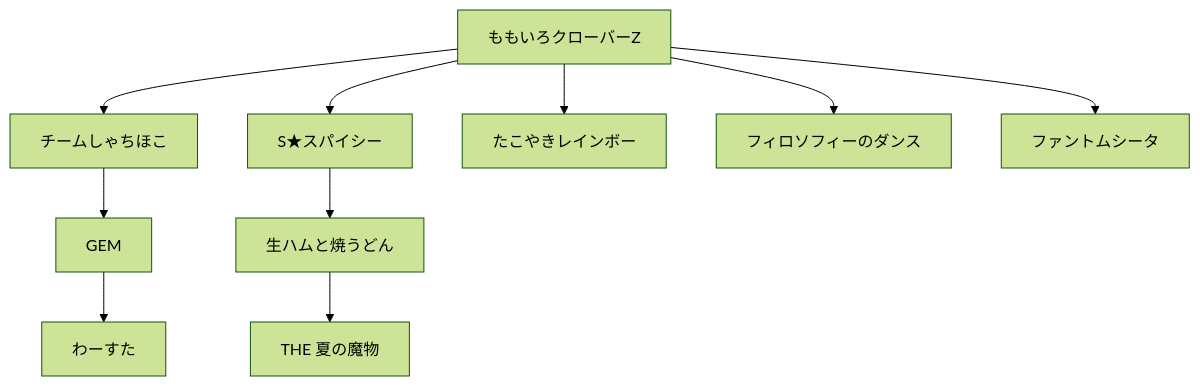
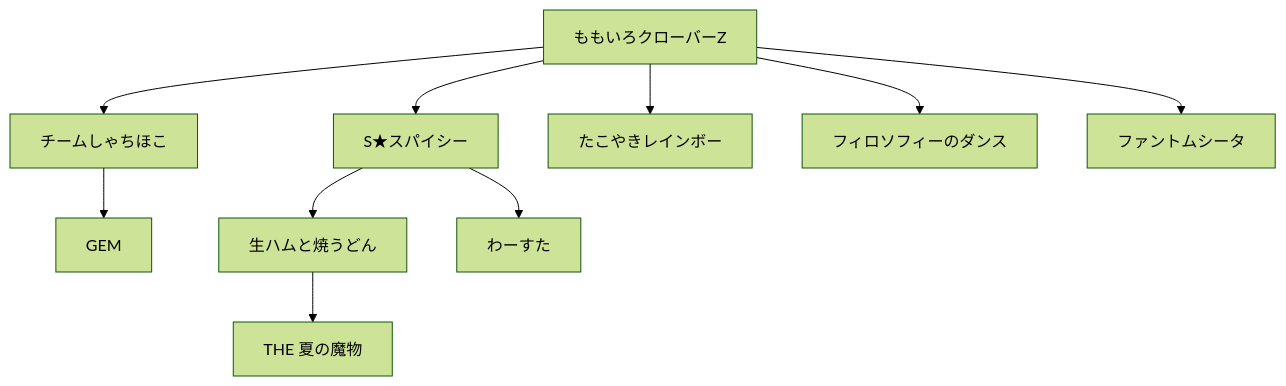
One commit to myamyu/myamyu.github.io changed the diagram in README.md. Above: the diagram before and after it, drawn with Mermaid (forest theme). The commit also changed other lines of this file, not shown here.

````diff
--- a/README.md
+++ b/README.md
@@ -34,19 +39,20 @@
 ```mermaid
 graph TD;
   mcz[ももいろクローバーZ]
   shachi[チームしゃちほこ]
   spa[S★スパイシー]
   gem[GEM]
   tako[たこやきレインボー]
   ny[生ハムと焼うどん]
   mamo[THE 夏の魔物]
   wst[わーすた]
   dfp[フィロソフィーのダンス]
   ps[ファントムシータ]
   
-  mcz --> shachi --> gem --> wst
+  mcz --> shachi --> gem 
   mcz --> spa --> ny --> mamo
+  spa --> wst
   mcz --> tako
   mcz --> dfp
   mcz --> ps
 ```
````
